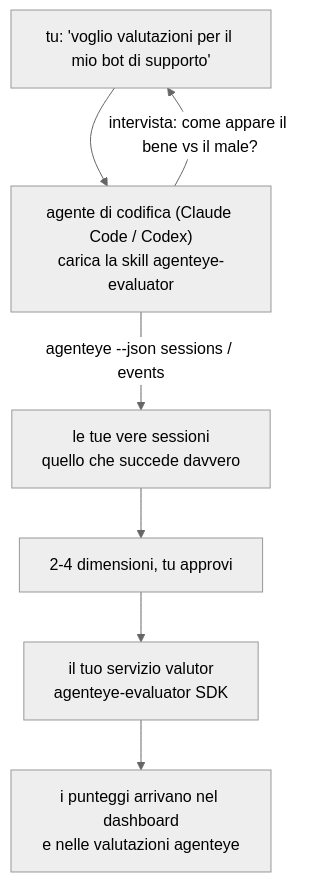
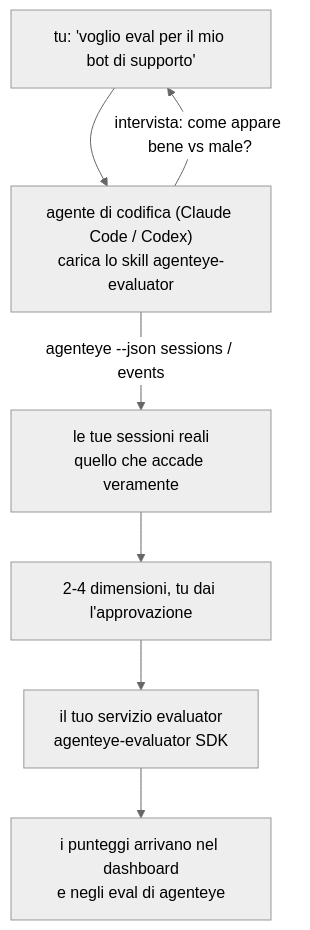
Before and after one commit to FailproofAI/failproofai: the diagram in docs/it/agenteye/evaluator-skill.mdx, drawn with Mermaid (neutral theme). The commit also changed other lines of this file and 677 other files, not shown here.

````diff
--- a/docs/it/agenteye/evaluator-skill.mdx
+++ b/docs/it/agenteye/evaluator-skill.mdx
@@ -21,9 +21,9 @@
 ```mermaid
 flowchart TD
-    YOU["tu: 'voglio valutazioni per il mio bot di supporto'"] --> AGENT["agente di codifica (Claude Code / Codex)<br/>carica la skill agenteye-evaluator"]
-    AGENT -->|"intervista: come appare il bene vs il male?"| YOU
-    AGENT -->|"agenteye --json sessions / events"| DATA["le tue vere sessioni<br/>quello che succede davvero"]
-    DATA --> DIMS["2-4 dimensioni, tu approvi"]
-    DIMS --> SVC["il tuo servizio valutor<br/>agenteye-evaluator SDK"]
-    SVC --> SCORES["i punteggi arrivano nel dashboard<br/>e nelle valutazioni agenteye"]
+    YOU["tu: 'voglio eval per il mio bot di supporto'"] --> AGENT["agente di codifica (Claude Code / Codex)<br/>carica lo skill agenteye-evaluator"]
+    AGENT -->|"intervista: come appare bene vs male?"| YOU
+    AGENT -->|"agenteye --json sessions / events"| DATA["le tue sessioni reali<br/>quello che accade veramente"]
+    DATA --> DIMS["2-4 dimensioni, tu dai l'approvazione"]
+    DIMS --> SVC["il tuo servizio evaluator<br/>agenteye-evaluator SDK"]
+    SVC --> SCORES["i punteggi arrivano nel dashboard<br/>e negli eval di agenteye"]
 ```
````
